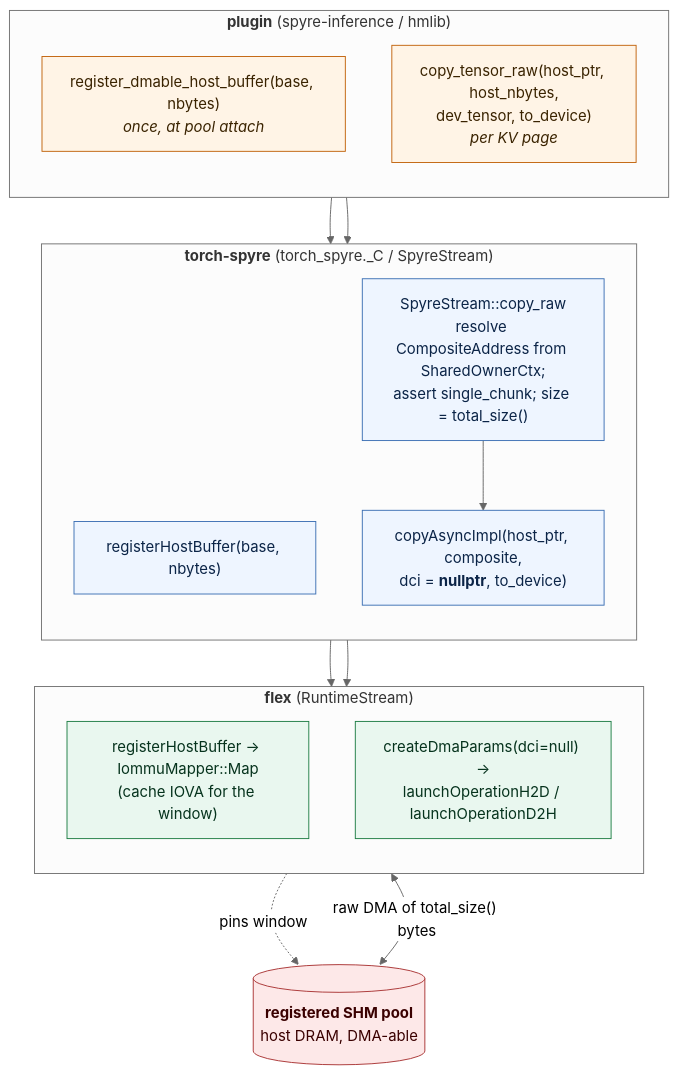
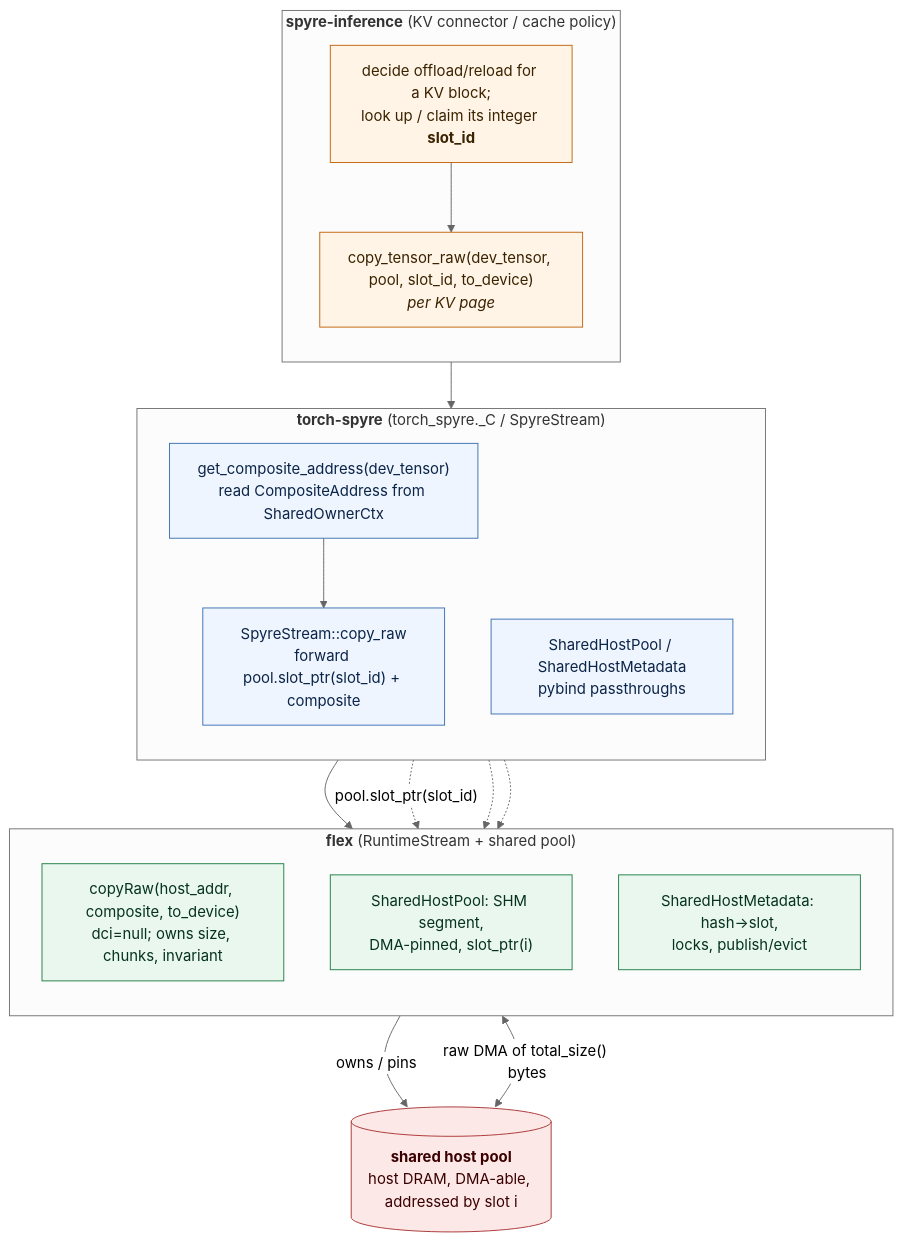
One commit to wangchen615/torch-spyre changed the diagram in docs/source/architecture/figures/copy-raw-call-path.mmd. Above: the diagram before and after it, drawn with Mermaid. The commit also changed 4 other files, not shown here.

First line of the commit message:
docs(architecture): align KV-offload surface with flex Shared Host KV Pool RFC v3

```diff
--- a/docs/source/architecture/figures/copy-raw-call-path.mmd
+++ b/docs/source/architecture/figures/copy-raw-call-path.mmd
@@ -1,35 +1,39 @@
 %%{ init: { "flowchart": { "htmlLabels": true, "curve": "basis" }, "theme": "neutral" } }%%
 flowchart TB
-    subgraph plugin["<b>plugin</b> (spyre-inference / hmlib)"]
+    subgraph conn["<b>spyre-inference</b> (KV connector / cache policy)"]
         direction TB
-        REG["register_dmable_host_buffer(base, nbytes)<br/><i>once, at pool attach</i>"]
-        CP["copy_tensor_raw(host_ptr, host_nbytes,<br/>dev_tensor, to_device)<br/><i>per KV page</i>"]
+        POLICY["decide offload/reload for a KV block;<br/>look up / claim its integer <b>slot_id</b>"]
+        CP["copy_tensor_raw(dev_tensor, pool, slot_id, to_device)<br/><i>per KV page</i>"]
+        POLICY --> CP
     end
     subgraph ts["<b>torch-spyre</b> (torch_spyre._C / SpyreStream)"]
         direction TB
-        RH["registerHostBuffer(base, nbytes)"]
-        CR["SpyreStream::copy_raw<br/>resolve CompositeAddress from SharedOwnerCtx;<br/>assert single_chunk; size = total_size()"]
-        CAI["copyAsyncImpl(host_ptr, composite,<br/>dci = <b>nullptr</b>, to_device)"]
-        CR --> CAI
+        GCA["get_composite_address(dev_tensor)<br/>read CompositeAddress from SharedOwnerCtx"]
+        CR["SpyreStream::copy_raw<br/>forward pool.slot_ptr(slot_id) + composite"]
+        WRAP["SharedHostPool / SharedHostMetadata<br/>pybind passthroughs"]
+        GCA --> CR
     end
-    subgraph flex["<b>flex</b> (RuntimeStream)"]
+    subgraph flex["<b>flex</b> (RuntimeStream + shared pool)"]
         direction TB
-        REGF["registerHostBuffer → IommuMapper::Map<br/>(cache IOVA for the window)"]
-        DMA["createDmaParams(dci=null) →<br/>launchOperationH2D / launchOperationD2H"]
+        COPYRAW["copyRaw(host_addr, composite, to_device)<br/>dci=null; owns size, chunks, invariant"]
+        POOLOBJ["SharedHostPool: SHM segment,<br/>DMA-pinned, slot_ptr(i)"]
+        META["SharedHostMetadata: hash&rarr;slot,<br/>locks, publish/evict"]
     end
-    POOL[("<b>registered SHM pool</b><br/>host DRAM, DMA-able")]
+    POOL[("<b>shared host pool</b><br/>host DRAM, DMA-able, addressed by slot i")]
 
-    REG --> RH --> REGF
     CP --> CR
-    CAI --> DMA
-    REGF -.->|"pins window"| POOL
-    DMA <-->|"raw DMA of total_size() bytes"| POOL
+    CR --> COPYRAW
+    CR -.->|"pool.slot_ptr(slot_id)"| POOLOBJ
+    WRAP -.-> POOLOBJ
+    WRAP -.-> META
+    POOLOBJ -->|"owns / pins"| POOL
+    COPYRAW <-->|"raw DMA of total_size() bytes"| POOL
 
-    classDef plug fill:#fff4e6,stroke:#c1620a,color:#3a2300
+    classDef conn fill:#fff4e6,stroke:#c1620a,color:#3a2300
     classDef tsp  fill:#eef5ff,stroke:#3b6fb3,color:#0b2447
     classDef flx  fill:#e9f7ef,stroke:#1e7d44,color:#06331d
     classDef mem  fill:#fde8e8,stroke:#a83232,color:#3a0000
-    class REG,CP plug
-    class RH,CR,CAI tsp
-    class REGF,DMA flx
+    class POLICY,CP conn
+    class GCA,CR,WRAP tsp
+    class COPYRAW,POOLOBJ,META flx
     class POOL mem
```
